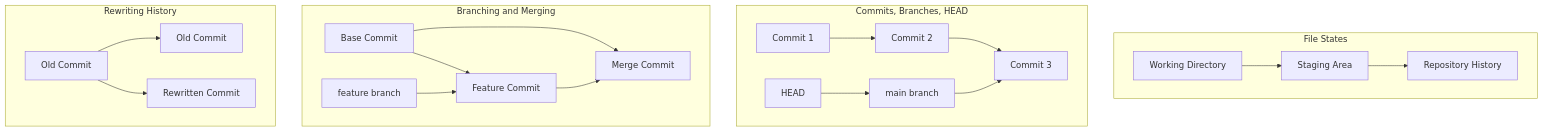
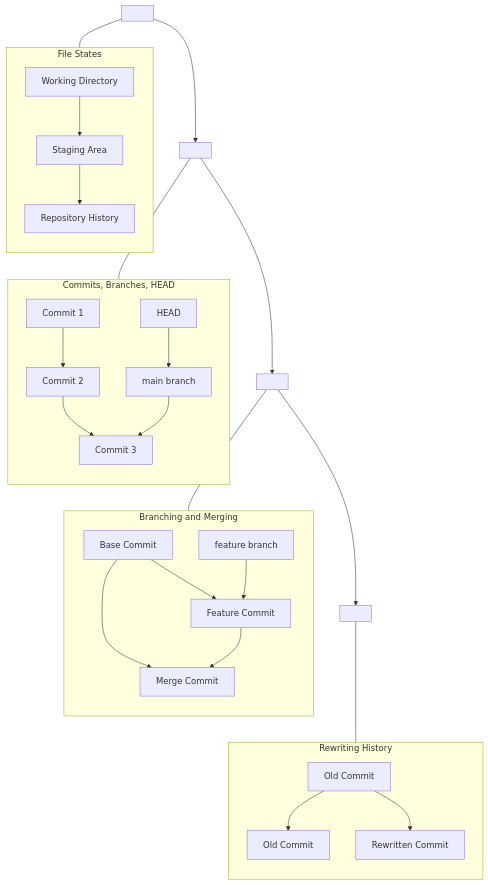
The diagram in git/diagrams.mmd (ThejeshwarAB/tech-notes), drawn with Mermaid before and after one commit.

Commit message:
add vertical ordering in git diagrams

```diff
--- a/git/diagrams.mmd
+++ b/git/diagrams.mmd
@@ -1,48 +1,57 @@
 flowchart TB
 
-%% =========================
-%% Git core mental models
-%% =========================
+%% invisible anchors to force vertical layout
+A1[" "] --> A2[" "] --> A3[" "] --> A4[" "]
 
 subgraph S1["File States"]
+    direction TB
     WT["Working Directory"]
     SA["Staging Area"]
     REPO["Repository History"]
 
     WT --> SA
     SA --> REPO
 end
 
 subgraph S2["Commits, Branches, HEAD"]
+    direction TB
     C1["Commit 1"]
     C2["Commit 2"]
     C3["Commit 3"]
 
     C1 --> C2
     C2 --> C3
 
     main["main branch"] --> C3
     HEAD["HEAD"] --> main
 end
 
 subgraph S3["Branching and Merging"]
+    direction TB
     B1["Base Commit"]
     F1["Feature Commit"]
     M1["Merge Commit"]
 
     B1 --> F1
     B1 --> M1
     F1 --> M1
 
     feature["feature branch"] --> F1
 end
 
 subgraph S4["Rewriting History"]
+    direction TB
     O1["Old Commit"]
     O2["Old Commit"]
 
     O1 --> O2
 
     R1["Rewritten Commit"]
     O1 --> R1
 end
+
+%% force vertical ordering
+A1 --- S1
+A2 --- S2
+A3 --- S3
+A4 --- S4
```
